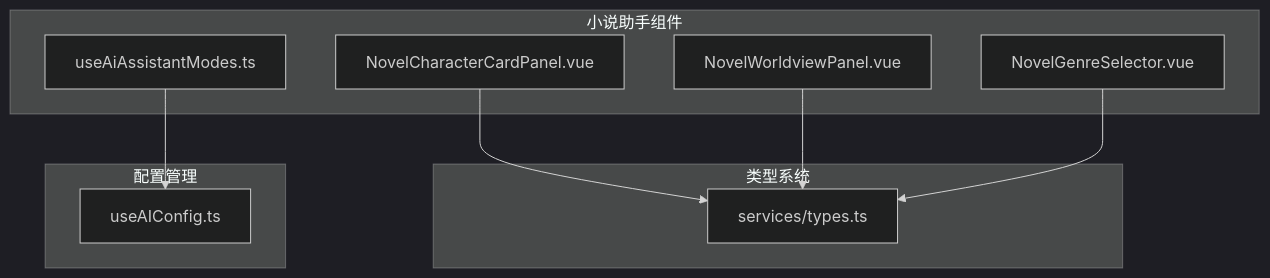
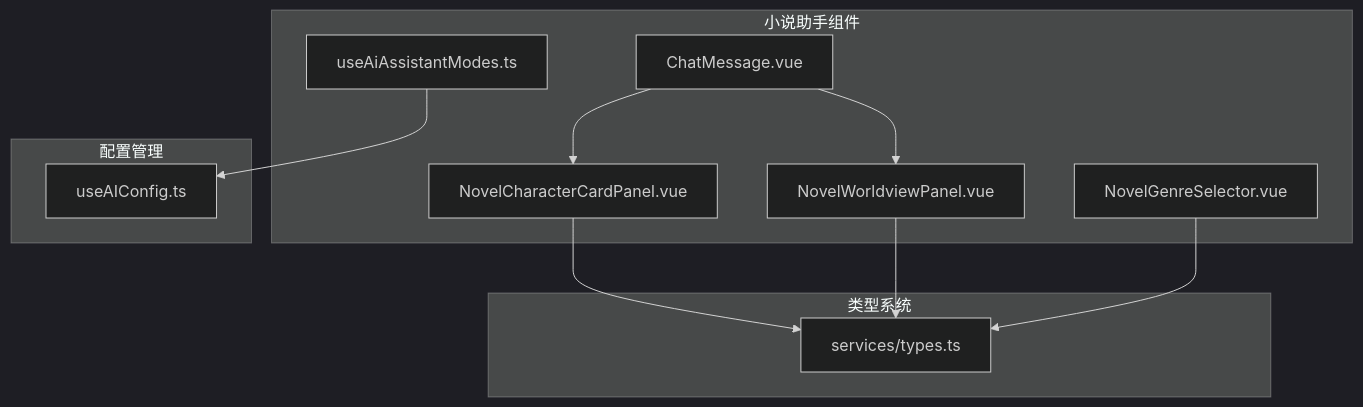
One commit to xixixiaoyu/Todo changed diagram 15 of 16 in .qoder/repowiki/zh/content/核心模块/AI助手系统/AI助手系统.md. Above: the diagram before and after it, drawn with Mermaid (dark theme). The commit also changed other lines of this file and 3 other files, not shown here.

````diff
--- a/.qoder/repowiki/zh/content/核心模块/AI助手系统/AI助手系统.md
+++ b/.qoder/repowiki/zh/content/核心模块/AI助手系统/AI助手系统.md
@@ -909,19 +1001,22 @@
 ```mermaid
 graph TB
 subgraph "小说助手组件"
 Modes["useAiAssistantModes.ts"]
 CharPanel["NovelCharacterCardPanel.vue"]
 WorldviewPanel["NovelWorldviewPanel.vue"]
 GenreSelector["NovelGenreSelector.vue"]
+MsgComponent["ChatMessage.vue"]
 end
 subgraph "类型系统"
 Types["services/types.ts"]
 end
 subgraph "配置管理"
 Config["useAIConfig.ts"]
 end
 Modes --> Config
 CharPanel --> Types
 WorldviewPanel --> Types
 GenreSelector --> Types
+MsgComponent --> CharPanel
+MsgComponent --> WorldviewPanel
 ```
````
